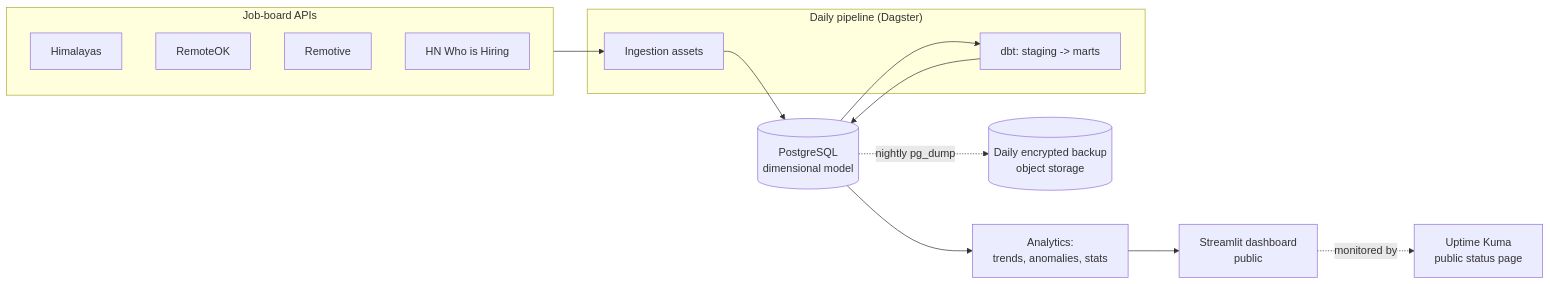
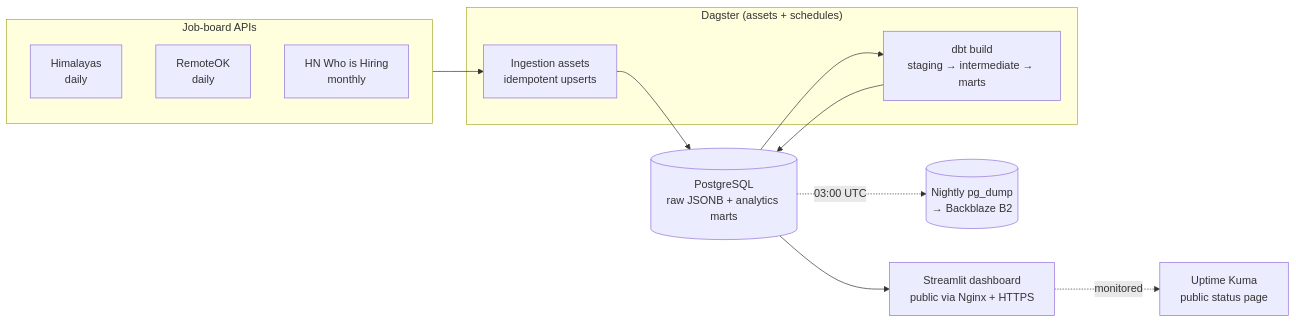
One commit to jsmorac/marketpulse changed the diagram in README.md. Above: the diagram before and after it, drawn with Mermaid. The commit also changed other lines of this file and 1 other file, not shown here.

````diff
--- a/README.md
+++ b/README.md
@@ -28,26 +43,24 @@
 ```mermaid
 flowchart LR
     subgraph Sources["Job-board APIs"]
-        HM[Himalayas]
-        RO[RemoteOK]
-        RM[Remotive]
-        HN[HN Who is Hiring]
+        HM[Himalayas<br/>daily]
+        RO[RemoteOK<br/>daily]
+        HN[HN Who is Hiring<br/>monthly]
     end
 
-    subgraph Pipeline["Daily pipeline (Dagster)"]
-        ING[Ingestion assets]
-        DBT[dbt: staging -> marts]
+    subgraph Dagster["Dagster (assets + schedules)"]
+        ING[Ingestion assets<br/>idempotent upserts]
+        DBT[dbt build<br/>staging → intermediate → marts]
     end
 
-    PG[(PostgreSQL<br/>dimensional model)]
-    AN[Analytics:<br/>trends, anomalies, stats]
-    DASH[Streamlit dashboard<br/>public]
-    BK[(Daily encrypted backup<br/>object storage)]
+    PG[(PostgreSQL<br/>raw JSONB + analytics marts)]
+    DASH[Streamlit dashboard<br/>public via Nginx + HTTPS]
+    BK[(Nightly pg_dump<br/>→ Backblaze B2)]
     UK[Uptime Kuma<br/>public status page]
 
     Sources --> ING --> PG
     PG --> DBT --> PG
-    PG --> AN --> DASH
-    PG -. nightly pg_dump .-> BK
-    DASH -. monitored by .-> UK
+    PG --> DASH
+    PG -. 03:00 UTC .-> BK
+    DASH -. monitored .-> UK
 ```
````
